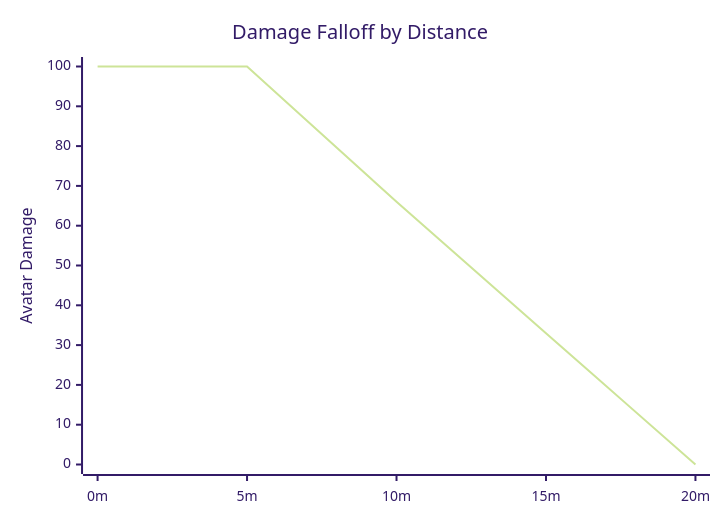
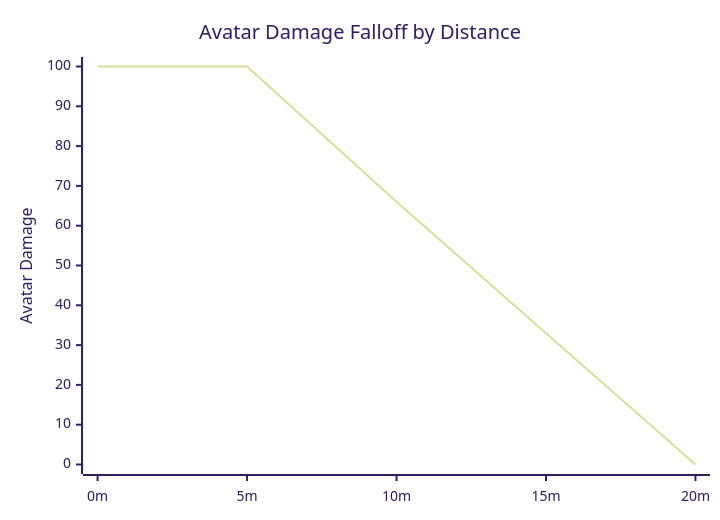
Before and after one commit to soapyf/Ashguard-Documents: the diagram in equipment/Layer 2/Flame Torrent.md, drawn with Mermaid (forest theme).

Commit message:
Update mermaid chart title for clarity in Flame Torrent documentation

````diff
--- a/equipment/Layer 2/Flame Torrent.md
+++ b/equipment/Layer 2/Flame Torrent.md
@@ -42,7 +42,7 @@
 ```mermaid
 xychart-beta
-    title "Damage Falloff by Distance"
+    title "Avatar Damage Falloff by Distance"
     x-axis ["0m", "5m", "10m", "15m", "20m"]
     y-axis "Avatar Damage" 0 --> 100
     line [100, 100, 66, 33, 0]
 ```
````
